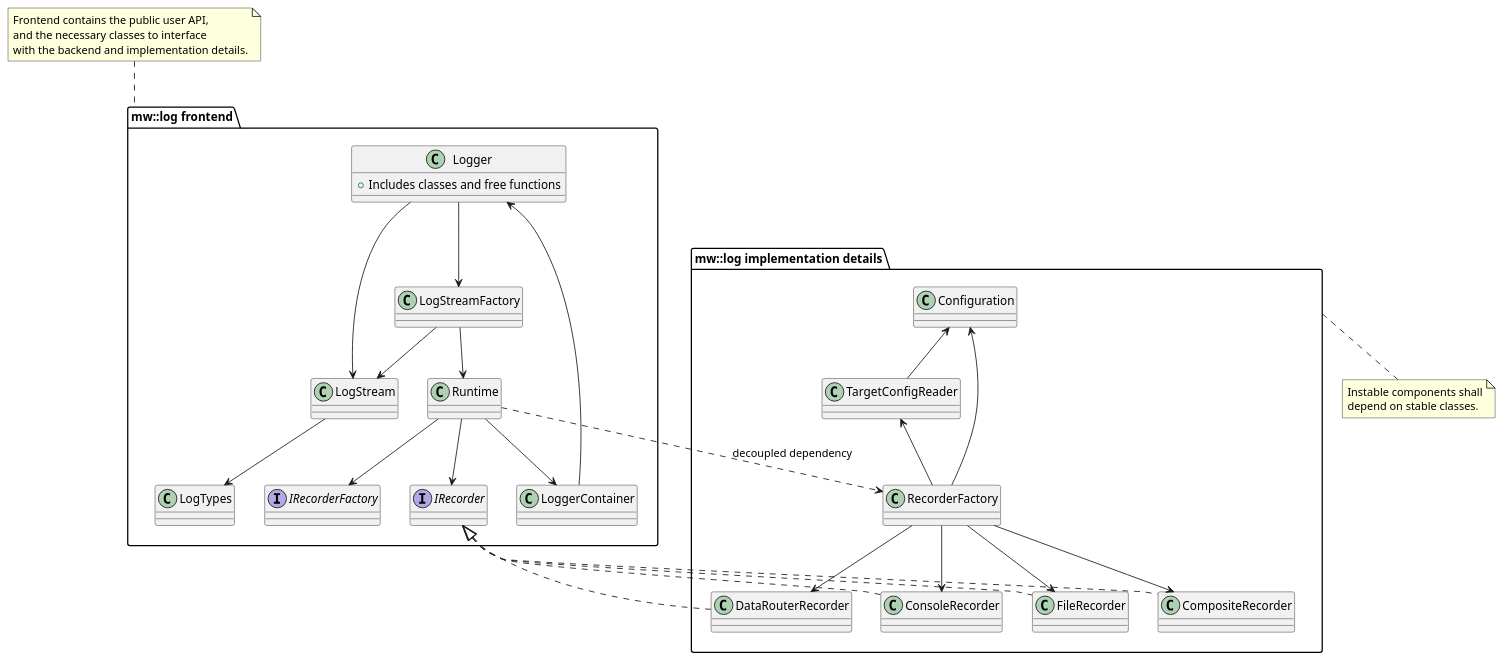
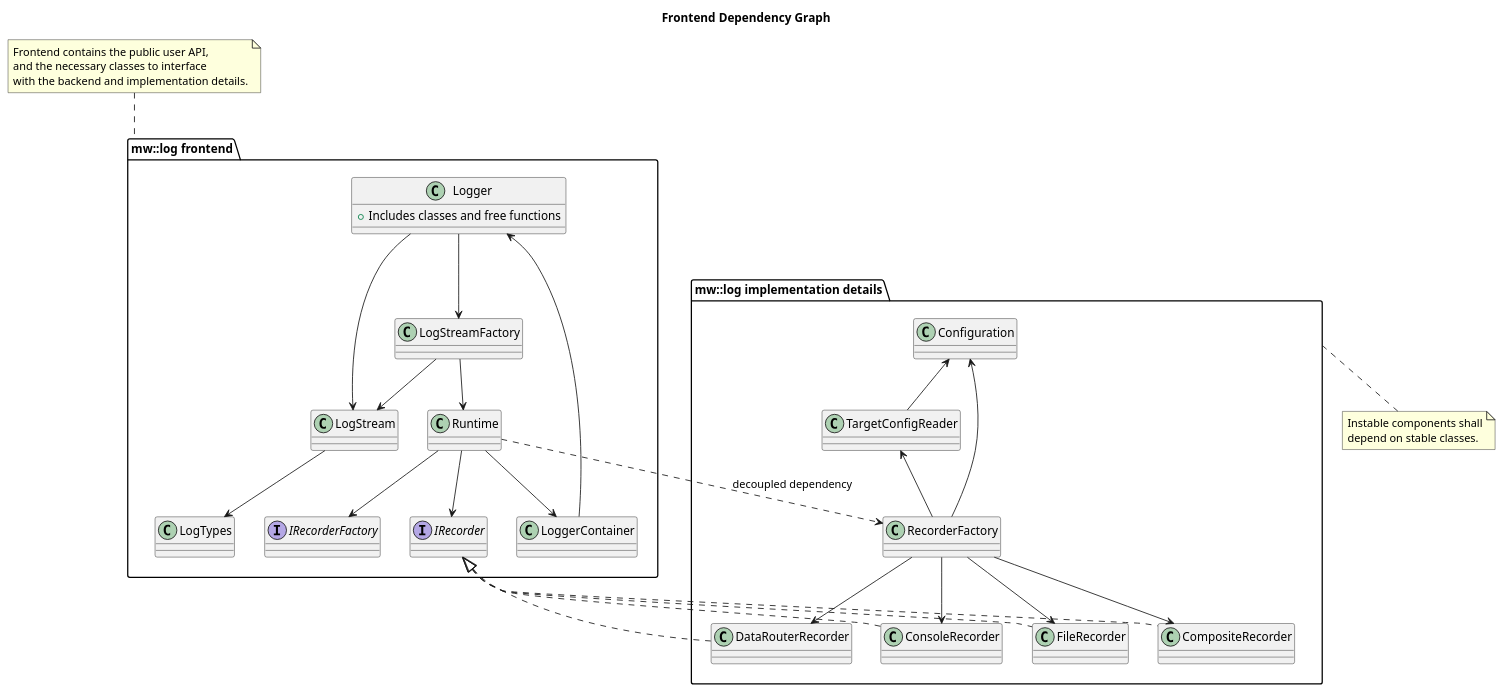
The diagram in design/frontend_dependency_graph.puml (eclipse-score/inc_mw_log), drawn with PlantUML before and after one commit. The commit also changed 9 other files, not shown here.

Commit message:
more diagrams

```diff
--- a/design/frontend_dependency_graph.puml
+++ b/design/frontend_dependency_graph.puml
@@ -1,63 +1,64 @@
 @startuml frontend_dependency_graph
+title Frontend Dependency Graph
 
 package "mw::log frontend" as frontend {
   class Logger {
     +Includes classes and free functions
   }
   class LogStreamFactory
   class LogStream
   class Runtime
   class LoggerContainer
   class LogTypes
   interface IRecorder
   interface IRecorderFactory
 }
 
 package "mw::log implementation details" as details {
   class Configuration
   class TargetConfigReader
   class DataRouterRecorder
   class ConsoleRecorder
   class FileRecorder
   class CompositeRecorder
   class RecorderFactory
 }
 
 Logger --> LogStreamFactory
 LoggerContainer --> Logger
 Logger --> LogStream
 LogStreamFactory --> LogStream
 LogStreamFactory --> Runtime
 LogStream --> LogTypes
 Runtime --> LoggerContainer
 Runtime --> IRecorder
 Runtime --> IRecorderFactory
 
 IRecorder <|.. DataRouterRecorder
 IRecorder <|.. ConsoleRecorder
 IRecorder <|.. FileRecorder
 IRecorder <|.. CompositeRecorder
 
 RecorderFactory --> DataRouterRecorder
 RecorderFactory --> ConsoleRecorder
 RecorderFactory --> FileRecorder
 RecorderFactory --> CompositeRecorder
 
 Configuration <-- RecorderFactory
 Configuration <-- TargetConfigReader
 TargetConfigReader <-- RecorderFactory
 
 Runtime ..> RecorderFactory : "decoupled dependency"
 
 note top of frontend
   Frontend contains the public user API,
   and the necessary classes to interface
   with the backend and implementation details.
 end note
 
 note bottom of details
   Instable components shall
   depend on stable classes.
 end note
 
 @enduml
```
